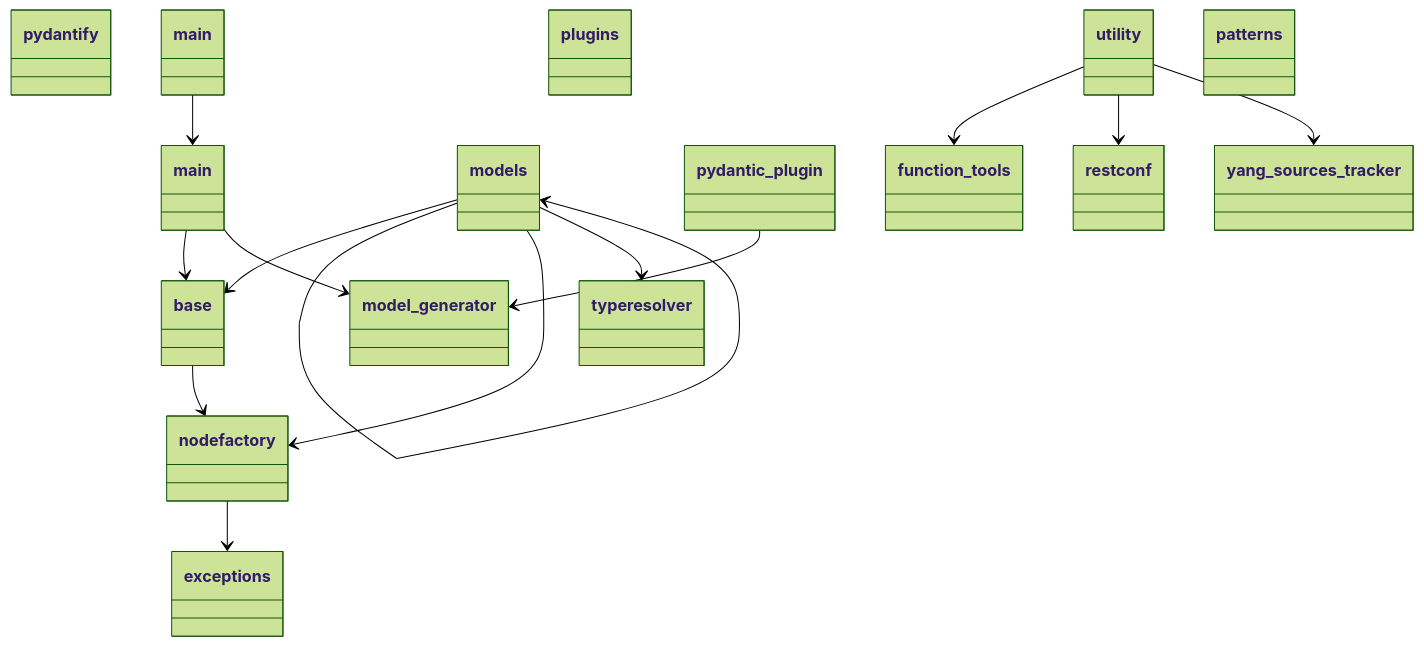
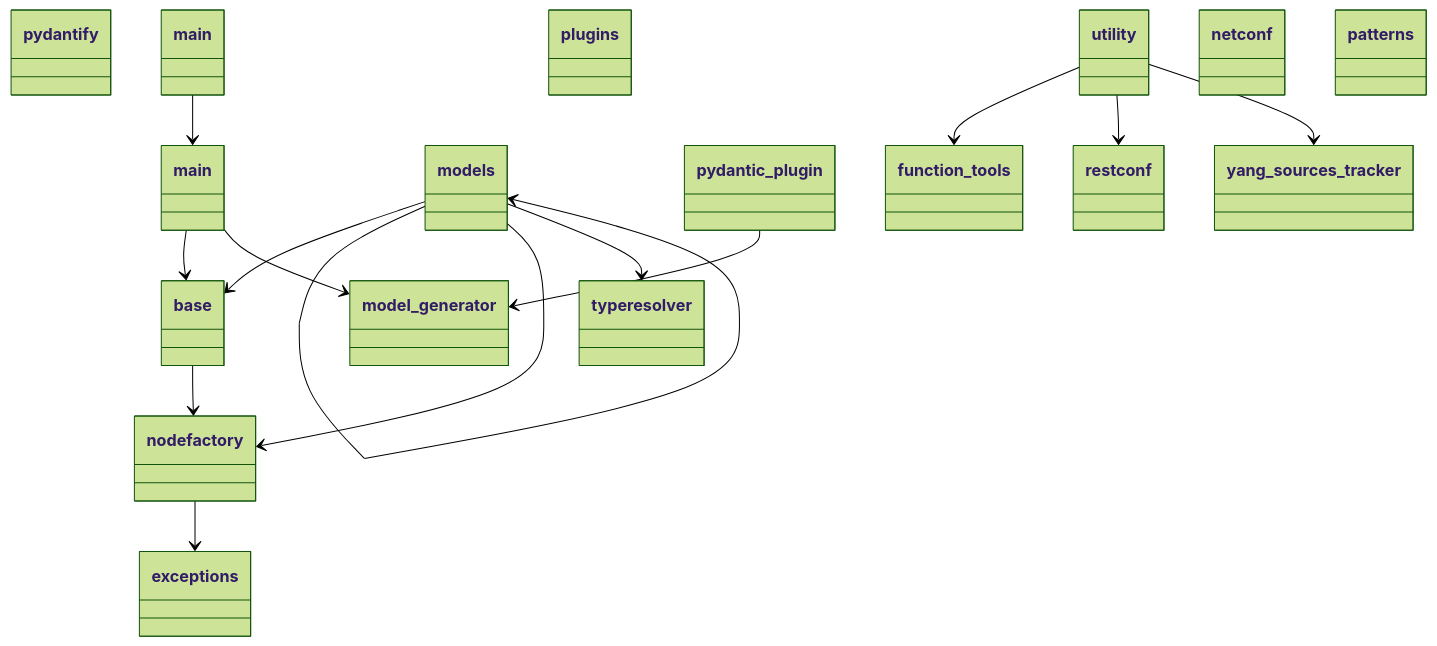
Before and after one commit to pydantify/pydantify: the diagram in docs/resources/packages_pydantify.mmd, drawn with Mermaid (forest theme). The commit also changed 10 other files, not shown here.

```diff
--- a/docs/resources/packages_pydantify.mmd
+++ b/docs/resources/packages_pydantify.mmd
@@ -1,48 +1,50 @@
 classDiagram
   class pydantify {
   }
   class __main__ {
   }
   class exceptions {
   }
   class main {
   }
   class models {
   }
   class base {
   }
   class models {
   }
   class nodefactory {
   }
   class typeresolver {
   }
   class plugins {
   }
   class pydantic_plugin {
   }
   class utility {
   }
   class function_tools {
   }
   class model_generator {
   }
+  class netconf {
+  }
   class patterns {
   }
   class restconf {
   }
   class yang_sources_tracker {
   }
   __main__ --> main
   main --> base
   main --> model_generator
   models --> base
   models --> models
   models --> nodefactory
   models --> typeresolver
   base --> nodefactory
   nodefactory --> exceptions
   pydantic_plugin --> model_generator
   utility --> function_tools
   utility --> restconf
   utility --> yang_sources_tracker
```
